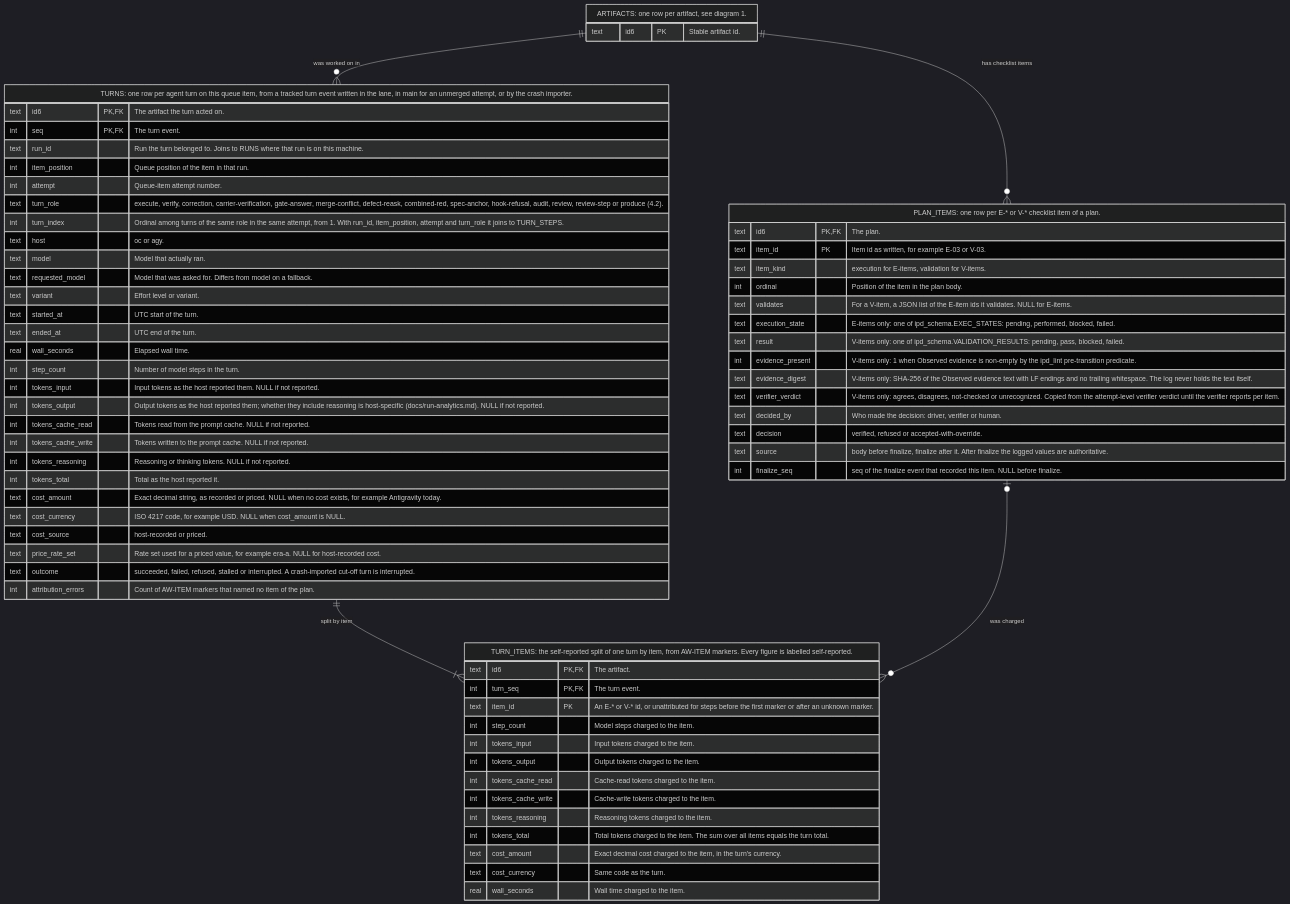
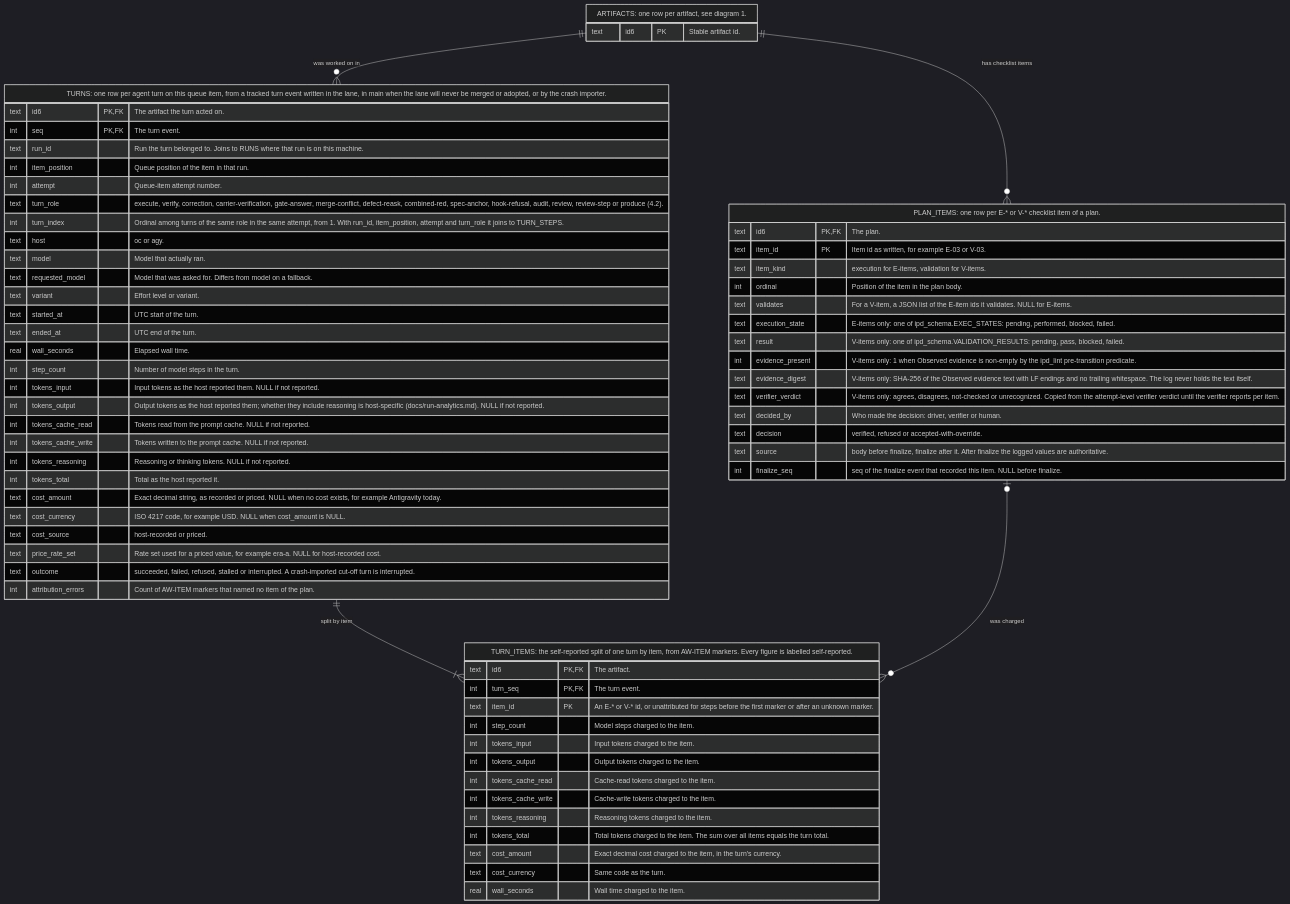
The third of 12 diagrams in .aw/records/specs/reviewed/20260925-metastore-01-4sd62s-artifact-metadata-store.spec.md (fariello/agent-workflows), drawn with Mermaid (dark theme) before and after one commit. The commit also changed other lines of this file, not shown here.

````diff
--- a/.aw/records/specs/reviewed/20260925-metastore-01-4sd62s-artifact-metadata-store.spec.md
+++ b/.aw/records/specs/reviewed/20260925-metastore-01-4sd62s-artifact-metadata-store.spec.md
@@ -1764,70 +1786,70 @@
 ```mermaid
 erDiagram
     ARTIFACTS["ARTIFACTS: one row per artifact, see diagram 1."] {
         text id6 PK "Stable artifact id."
     }
     PLAN_ITEMS["PLAN_ITEMS: one row per E-* or V-* checklist item of a plan."] {
         text id6 PK, FK "The plan."
         text item_id PK "Item id as written, for example E-03 or V-03."
         text item_kind "execution for E-items, validation for V-items."
         int ordinal "Position of the item in the plan body."
         text validates "For a V-item, a JSON list of the E-item ids it validates. NULL for E-items."
         text execution_state "E-items only: one of ipd_schema.EXEC_STATES: pending, performed, blocked, failed."
         text result "V-items only: one of ipd_schema.VALIDATION_RESULTS: pending, pass, blocked, failed."
         int evidence_present "V-items only: 1 when Observed evidence is non-empty by the ipd_lint pre-transition predicate."
         text evidence_digest "V-items only: SHA-256 of the Observed evidence text with LF endings and no trailing whitespace. The log never holds the text itself."
         text verifier_verdict "V-items only: agrees, disagrees, not-checked or unrecognized. Copied from the attempt-level verifier verdict until the verifier reports per item."
         text decided_by "Who made the decision: driver, verifier or human."
         text decision "verified, refused or accepted-with-override."
         text source "body before finalize, finalize after it. After finalize the logged values are authoritative."
         int finalize_seq "seq of the finalize event that recorded this item. NULL before finalize."
     }
-    TURNS["TURNS: one row per agent turn on this queue item, from a tracked turn event written in the lane, in main for an unmerged attempt, or by the crash importer."] {
+    TURNS["TURNS: one row per agent turn on this queue item, from a tracked turn event written in the lane, in main when the lane will never be merged or adopted, or by the crash importer."] {
         text id6 PK, FK "The artifact the turn acted on."
         int seq PK, FK "The turn event."
         text run_id "Run the turn belonged to. Joins to RUNS where that run is on this machine."
         int item_position "Queue position of the item in that run."
         int attempt "Queue-item attempt number."
         text turn_role "execute, verify, correction, carrier-verification, gate-answer, merge-conflict, defect-reask, combined-red, spec-anchor, hook-refusal, audit, review, review-step or produce (4.2)."
         int turn_index "Ordinal among turns of the same role in the same attempt, from 1. With run_id, item_position, attempt and turn_role it joins to TURN_STEPS."
         text host "oc or agy."
         text model "Model that actually ran."
         text requested_model "Model that was asked for. Differs from model on a fallback."
         text variant "Effort level or variant."
         text started_at "UTC start of the turn."
         text ended_at "UTC end of the turn."
         real wall_seconds "Elapsed wall time."
         int step_count "Number of model steps in the turn."
         int tokens_input "Input tokens as the host reported them. NULL if not reported."
         int tokens_output "Output tokens as the host reported them; whether they include reasoning is host-specific (docs/run-analytics.md). NULL if not reported."
         int tokens_cache_read "Tokens read from the prompt cache. NULL if not reported."
         int tokens_cache_write "Tokens written to the prompt cache. NULL if not reported."
         int tokens_reasoning "Reasoning or thinking tokens. NULL if not reported."
         int tokens_total "Total as the host reported it."
         text cost_amount "Exact decimal string, as recorded or priced. NULL when no cost exists, for example Antigravity today."
         text cost_currency "ISO 4217 code, for example USD. NULL when cost_amount is NULL."
         text cost_source "host-recorded or priced."
         text price_rate_set "Rate set used for a priced value, for example era-a. NULL for host-recorded cost."
         text outcome "succeeded, failed, refused, stalled or interrupted. A crash-imported cut-off turn is interrupted."
         int attribution_errors "Count of AW-ITEM markers that named no item of the plan."
     }
     TURN_ITEMS["TURN_ITEMS: the self-reported split of one turn by item, from AW-ITEM markers. Every figure is labelled self-reported."] {
         text id6 PK, FK "The artifact."
         int turn_seq PK, FK "The turn event."
         text item_id PK "An E-* or V-* id, or unattributed for steps before the first marker or after an unknown marker."
         int step_count "Model steps charged to the item."
         int tokens_input "Input tokens charged to the item."
         int tokens_output "Output tokens charged to the item."
         int tokens_cache_read "Cache-read tokens charged to the item."
         int tokens_cache_write "Cache-write tokens charged to the item."
         int tokens_reasoning "Reasoning tokens charged to the item."
         int tokens_total "Total tokens charged to the item. The sum over all items equals the turn total."
         text cost_amount "Exact decimal cost charged to the item, in the turn's currency."
         text cost_currency "Same code as the turn."
         real wall_seconds "Wall time charged to the item."
     }
     ARTIFACTS ||--o{ PLAN_ITEMS : "has checklist items"
     ARTIFACTS ||--o{ TURNS : "was worked on in"
     TURNS ||--|{ TURN_ITEMS : "split by item"
     PLAN_ITEMS |o--o{ TURN_ITEMS : "was charged"
 ```
````
